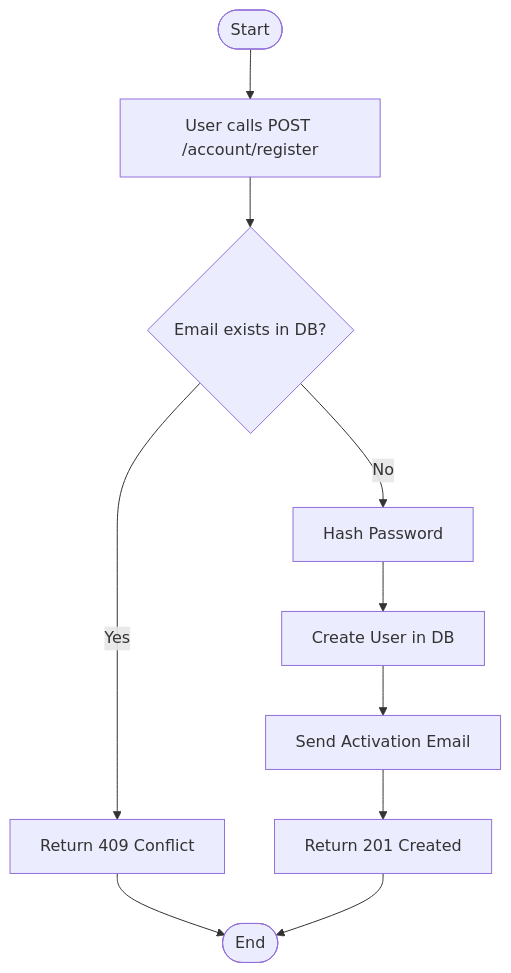
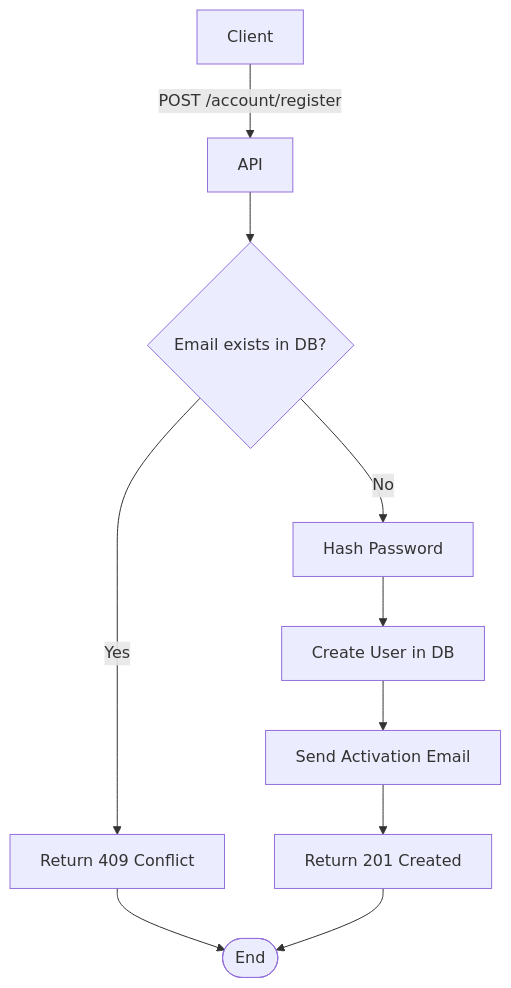
Before and after one commit to leandroluk/investor: the diagram in apps/doc/src/content/api/account/register-user.mdx, drawn with Mermaid. The commit also changed other lines of this file and 13 other files, not shown here.

````diff
--- a/apps/doc/src/content/api/account/register-user.mdx
+++ b/apps/doc/src/content/api/account/register-user.mdx
@@ -30,12 +30,12 @@
 ```mermaid
 flowchart TD
-    Start([Start]) --> Request[User calls POST /account/register]
-    Request --> CheckEmail{Email exists in DB?}
-    CheckEmail -- Yes --> Conflict[Return 409 Conflict]
-    Conflict --> End([End])
-    CheckEmail -- No --> Hash[Hash Password]
-    Hash --> Create[Create User in DB]
-    Create --> Email[Send Activation Email]
-    Email --> Success[Return 201 Created]
-    Success --> End
+    A["Client"] -- "POST /account/register" --> B["API"]
+    B --> C{"Email exists in DB?"}
+    C -- "Yes" --> D["Return 409 Conflict"]
+    D --> End([End])
+    C -- "No" --> E["Hash Password"]
+    E --> F["Create User in DB"]
+    F --> G["Send Activation Email"]
+    G --> H["Return 201 Created"]
+    H --> End
 ```
````
